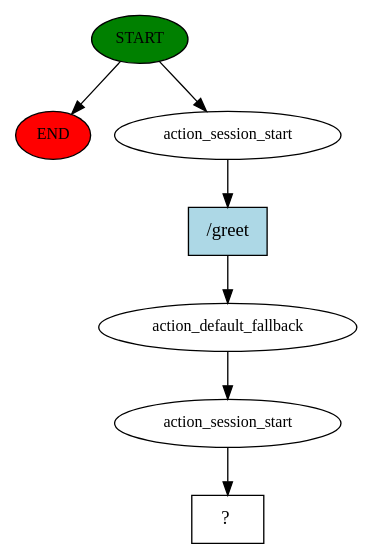
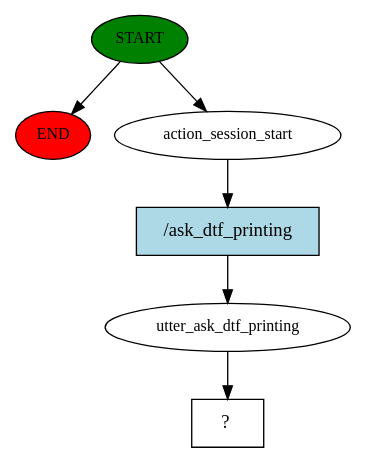
One commit to Rodrig0z2003/bot-rasa-backend changed the diagram in story_graph.dot. Above: the diagram before and after it, drawn with Graphviz. The commit also changed 4 other files, not shown here.

```diff
--- a/story_graph.dot
+++ b/story_graph.dot
@@ -1,15 +1,13 @@
 digraph  {
 0 [class="start active", fillcolor=green, fontsize=12, label=START, style=filled];
 "-1" [class=end, fillcolor=red, fontsize=12, label=END, style=filled];
 1 [class=active, fontsize=12, label=action_session_start];
-2 [class=active, fontsize=12, label=action_default_fallback];
-3 [class=active, fontsize=12, label=action_session_start];
-4 [class="intent dashed active", label="  ?  ", shape=rect];
-5 [class="intent active", fillcolor=lightblue, label="/greet", shape=rect, style=filled];
+2 [class=active, fontsize=12, label=utter_ask_dtf_printing];
+3 [class="intent dashed active", label="  ?  ", shape=rect];
+4 [class="intent active", fillcolor=lightblue, label="/ask_dtf_printing", shape=rect, style=filled];
 0 -> "-1"  [class="", key=NONE, label=""];
 0 -> 1  [class=active, key=NONE, label=""];
-1 -> 5  [class=active, key=0];
+1 -> 4  [class=active, key=0];
 2 -> 3  [class=active, key=NONE, label=""];
-3 -> 4  [class=active, key=NONE, label=""];
-5 -> 2  [class=active, key=0];
+4 -> 2  [class=active, key=0];
 }
```
